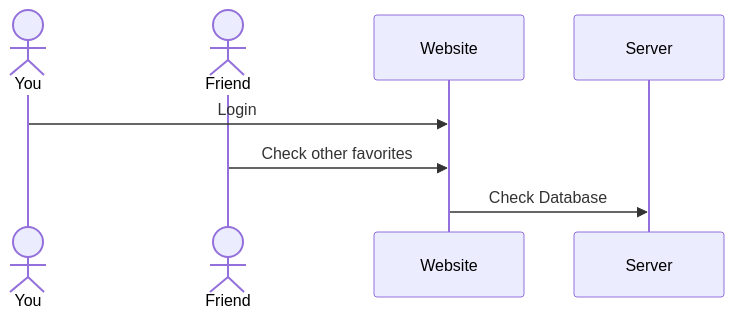
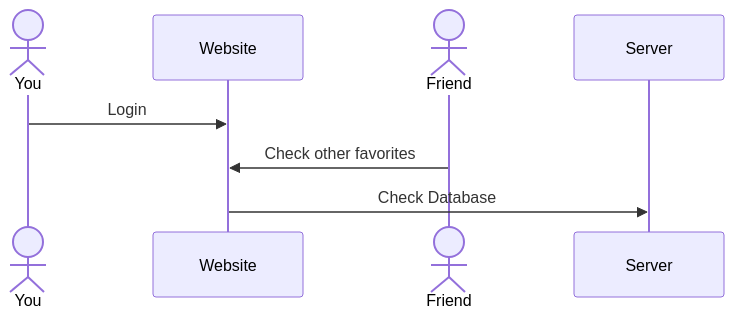
Before and after one commit to anthonyphasay/startup: the diagram in README.md, drawn with Mermaid. The commit also changed other lines of this file, not shown here.

````diff
--- a/README.md
+++ b/README.md
@@ -26,11 +26,11 @@
 ```mermaid
 sequenceDiagram
     actor You
+    participant Website
     actor Friend
-    participant Website
     participant Server
     You->>Website: Login
     Friend->>Website: Check other favorites
     Website->>Server: Check Database
     
 ```
````
